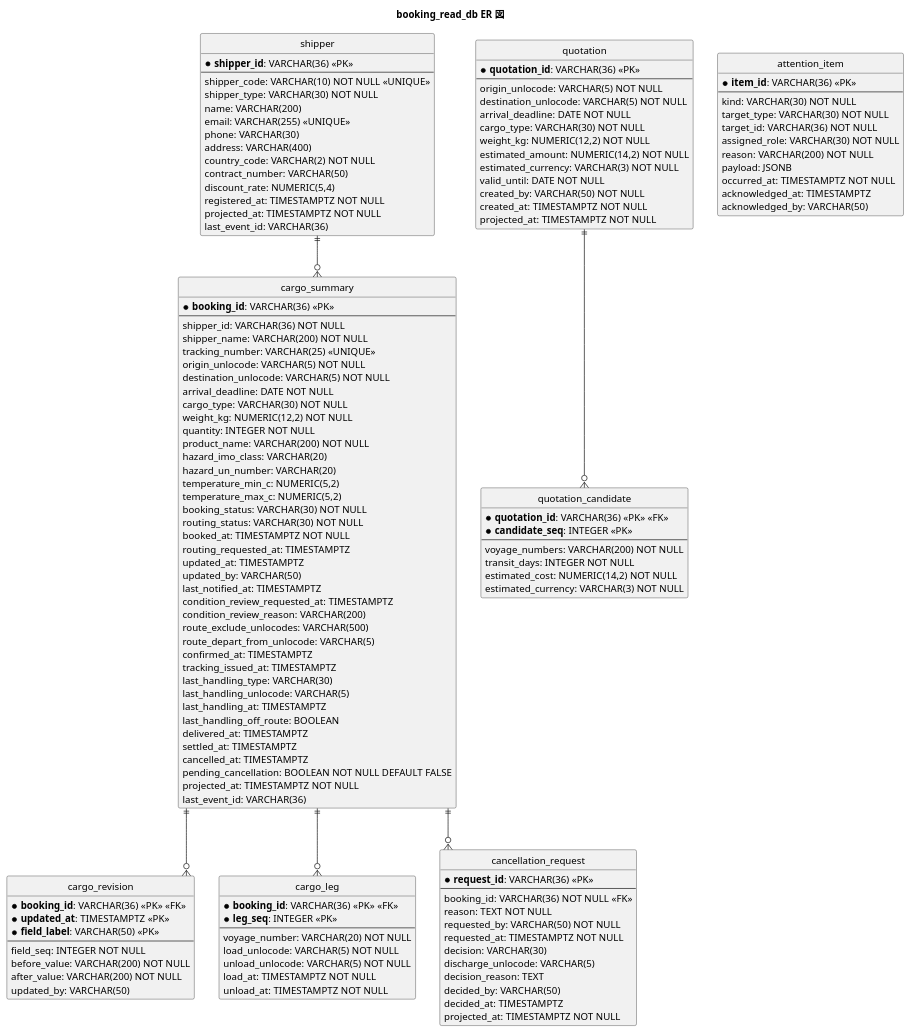
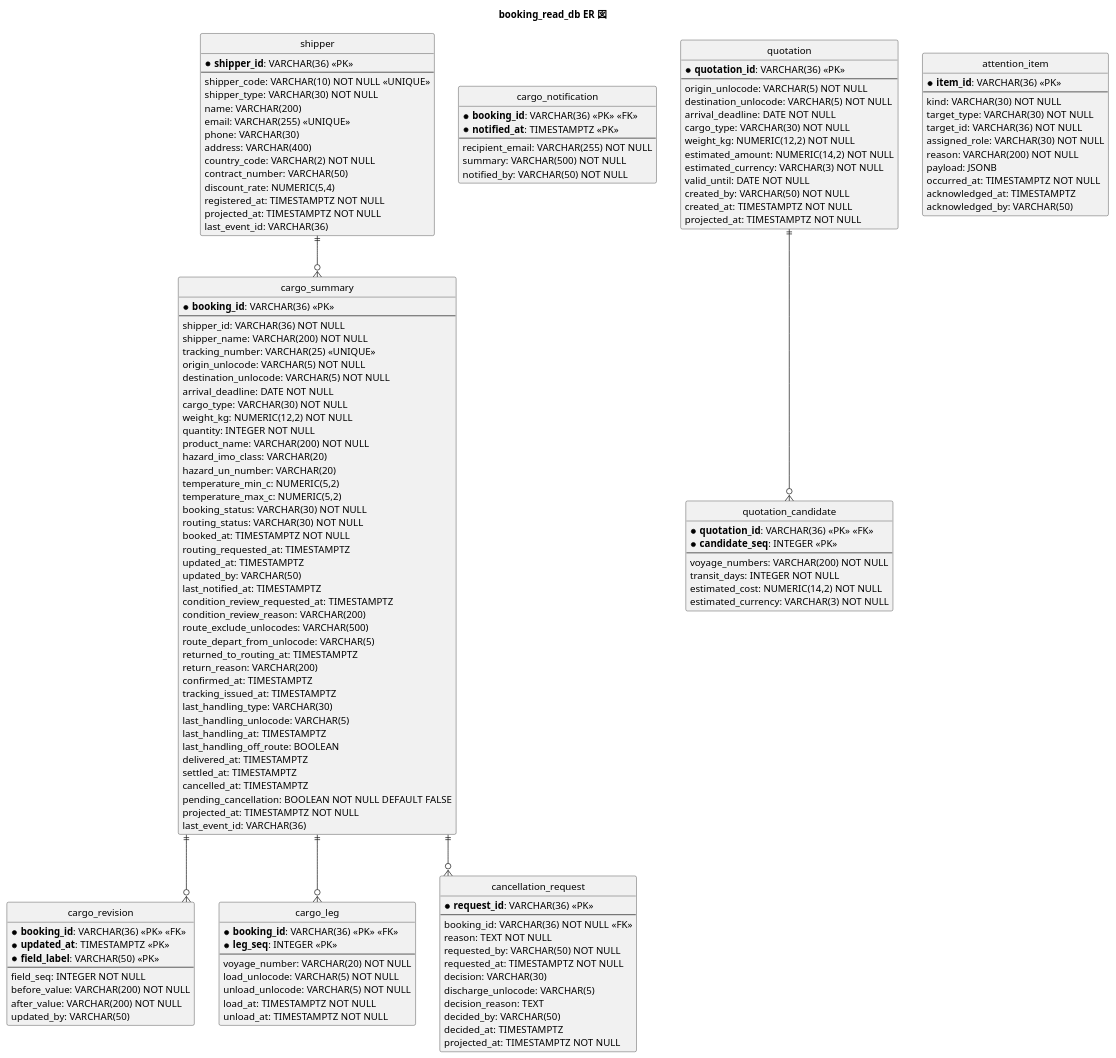
Before and after one commit to k2works/case-study-cargo-tracker: the fourth of 10 diagrams in docs/design/cargo-tracker/data-model.md, drawn with PlantUML. The commit also changed other lines of this file and 9 other files, not shown here.

```diff
--- a/docs/design/cargo-tracker/data-model.md
+++ b/docs/design/cargo-tracker/data-model.md
@@ -294,6 +294,8 @@
   condition_review_reason: VARCHAR(200)
   route_exclude_unlocodes: VARCHAR(500)
   route_depart_from_unlocode: VARCHAR(5)
+  returned_to_routing_at: TIMESTAMPTZ
+  return_reason: VARCHAR(200)
   confirmed_at: TIMESTAMPTZ
   tracking_issued_at: TIMESTAMPTZ
   last_handling_type: VARCHAR(30)
@@ -306,6 +308,15 @@
   pending_cancellation: BOOLEAN NOT NULL DEFAULT FALSE
   projected_at: TIMESTAMPTZ NOT NULL
   last_event_id: VARCHAR(36)
+}
+
+entity "cargo_notification" as note {
+  * **booking_id**: VARCHAR(36) <<PK>> <<FK>>
+  * **notified_at**: TIMESTAMPTZ <<PK>>
+  --
+  recipient_email: VARCHAR(255) NOT NULL
+  summary: VARCHAR(500) NOT NULL
+  notified_by: VARCHAR(50) NOT NULL
 }
 
 entity "cargo_revision" as rev {
```
